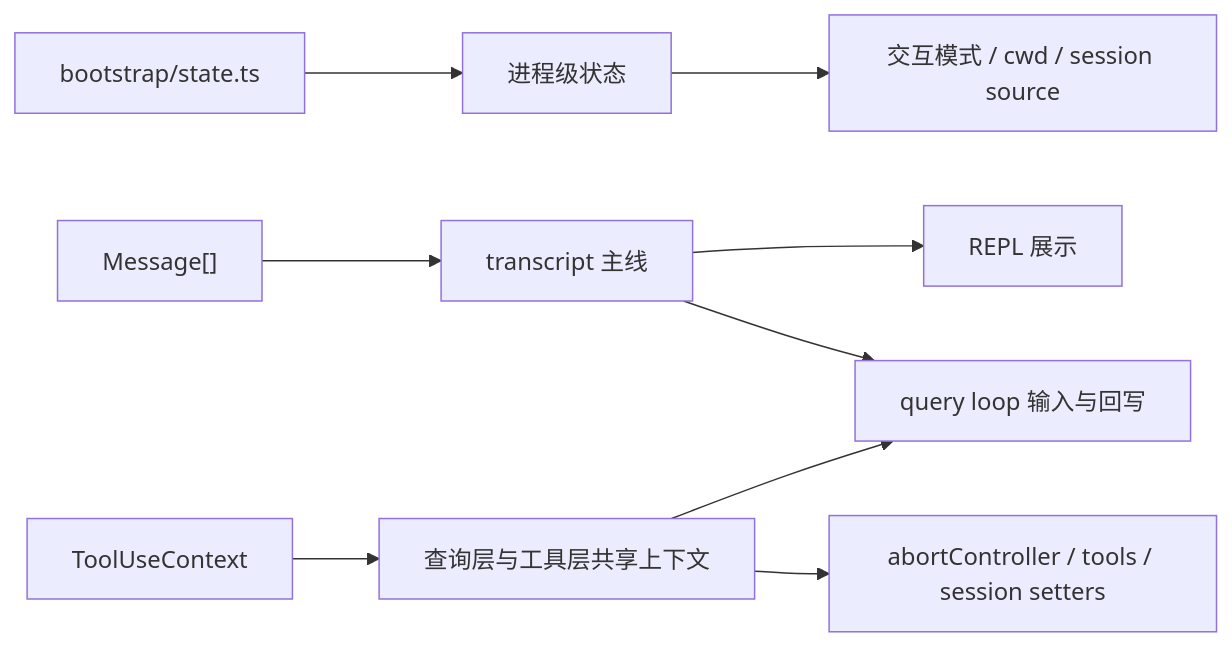
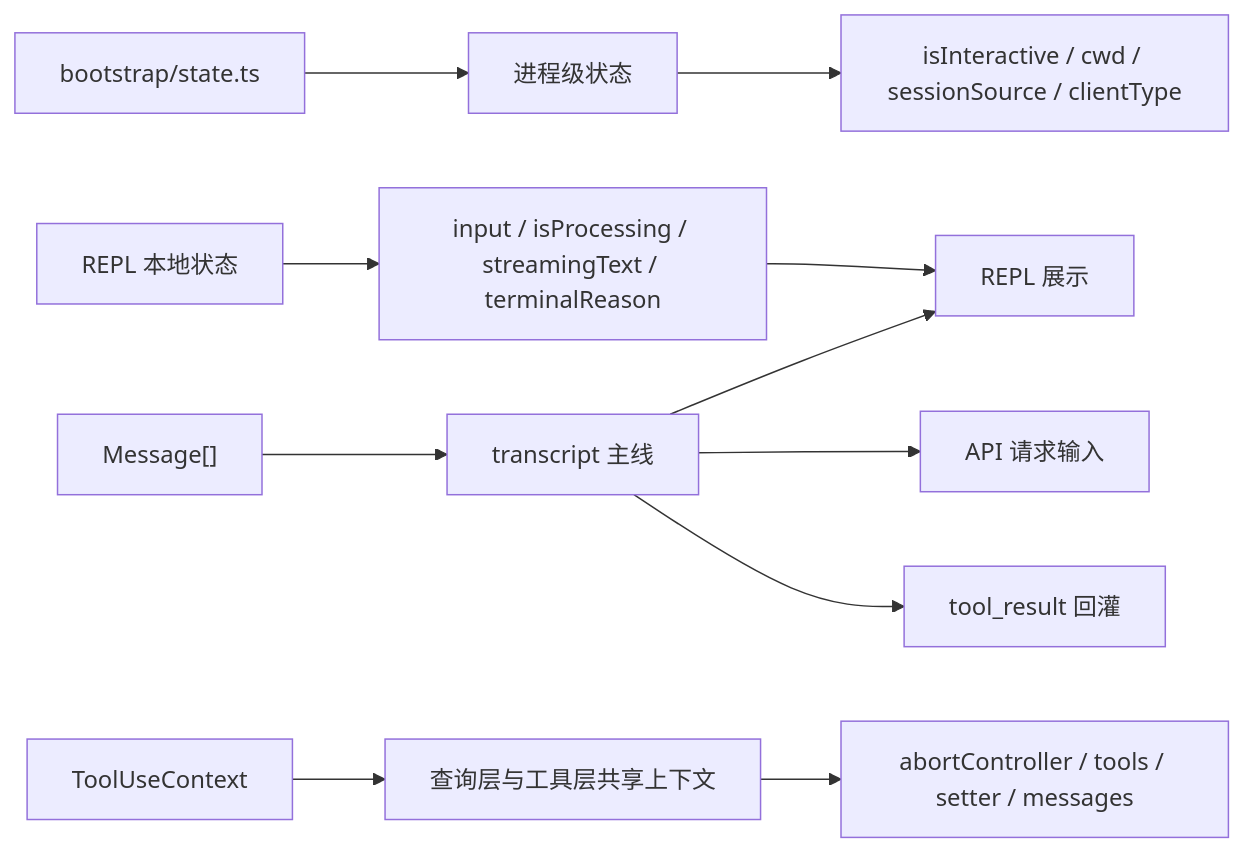
Before and after one commit to friendlyhank/claude-code-annotated: the fourth of 4 diagrams in notes/reviews/01-architecture-and-core-flow.md, drawn with Mermaid. The commit also changed other lines of this file and 11 other files, not shown here.

First line of the commit message:
docs: 更新 graphify 知识图谱与架构蓝图文档

````diff
--- a/notes/reviews/01-architecture-and-core-flow.md
+++ b/notes/reviews/01-architecture-and-core-flow.md
@@ -59,13 +194,16 @@
 ```mermaid
 flowchart LR
     A["bootstrap/state.ts"] --> A1["进程级状态"]
-    A1 --> A2["交互模式 / cwd / session source"]
+    A1 --> A2["isInteractive / cwd / sessionSource / clientType"]
 
     B["Message[]"] --> B1["transcript 主线"]
     B1 --> B2["REPL 展示"]
-    B1 --> B3["query loop 输入与回写"]
+    B1 --> B3["API 请求输入"]
+    B1 --> B4["tool_result 回灌"]
 
     C["ToolUseContext"] --> C1["查询层与工具层共享上下文"]
-    C1 --> C2["abortController / tools / session setters"]
-    C1 --> B3
+    C1 --> C2["abortController / tools / setter / messages"]
+
+    D["REPL 本地状态"] --> D1["input / isProcessing / streamingText / terminalReason"]
+    D1 --> B2
 ```
````
